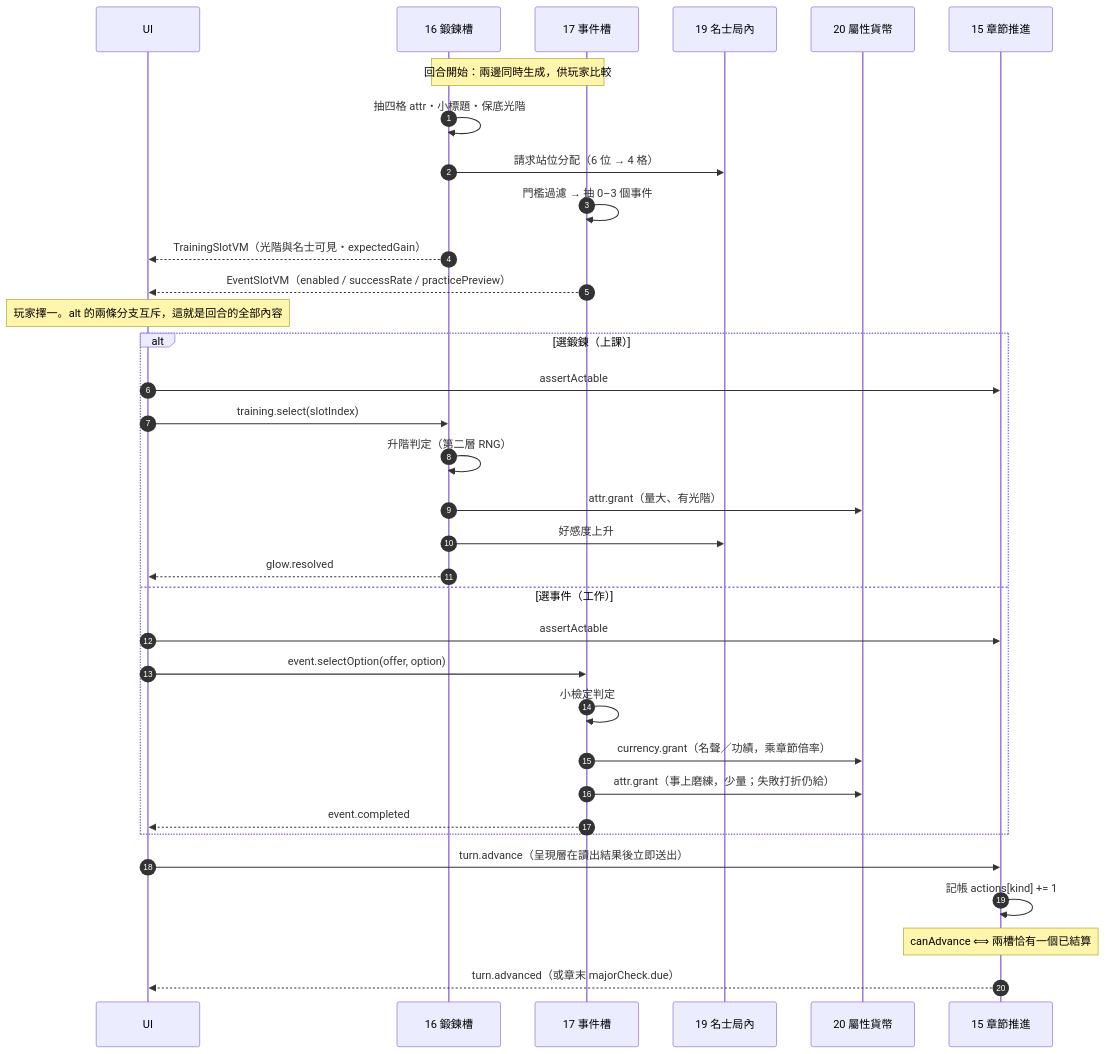
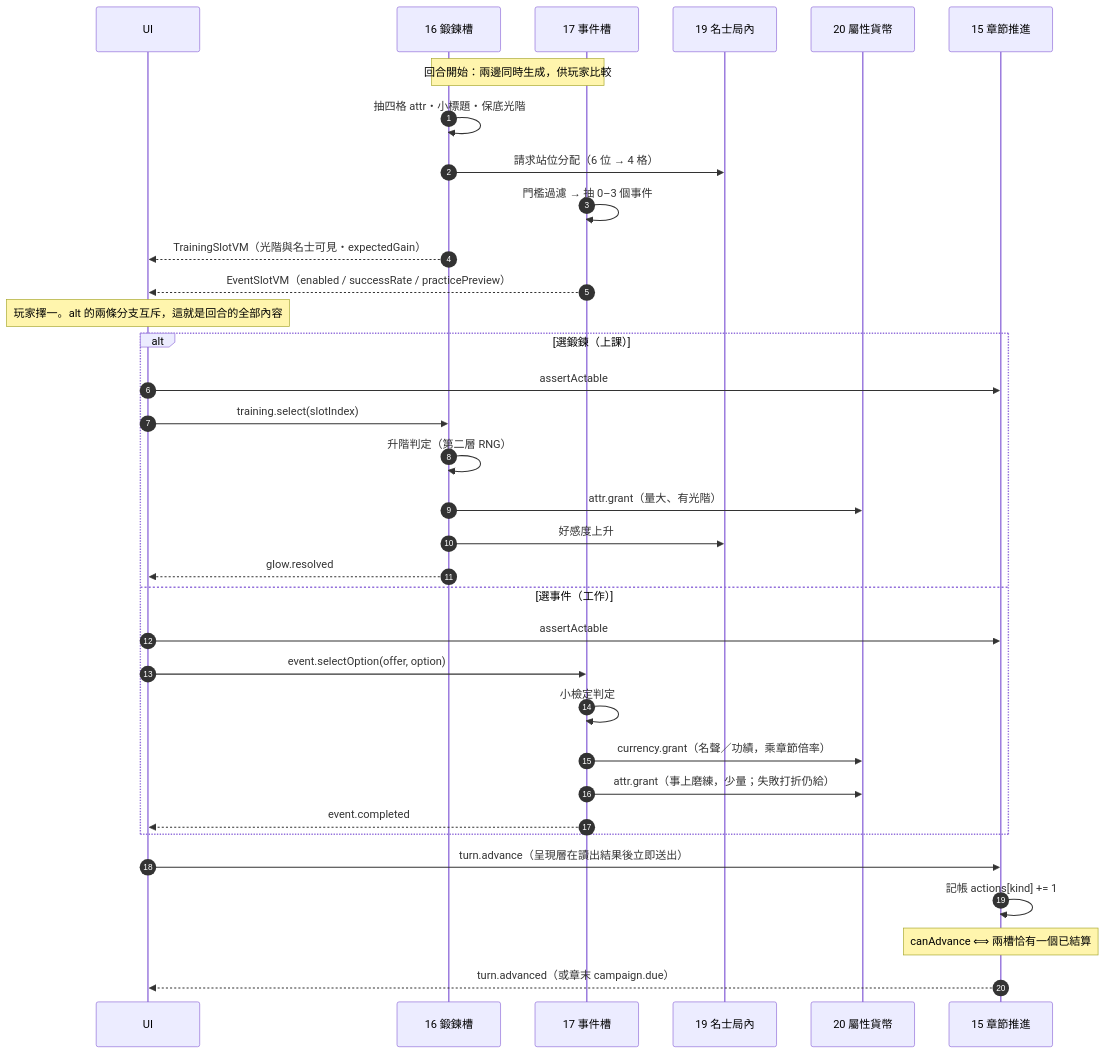
The fourth of 9 diagrams in docs/architecture/module-map.md (SBGChang/ThreeKindomDream), drawn with Mermaid before and after one commit. The commit also changed other lines of this file and 68 other files, not shown here.

````diff
--- a/docs/architecture/module-map.md
+++ b/docs/architecture/module-map.md
@@ -179,39 +178,39 @@
 ```mermaid
 sequenceDiagram
   autonumber
   participant UI
   participant T as 16 鍛鍊槽
   participant E as 17 事件槽
   participant R as 19 名士局內
   participant A as 20 屬性貨幣
   participant C as 15 章節推進
 
   Note over T,E: 回合開始：兩邊同時生成，供玩家比較
   T->>T: 抽四格 attr・小標題・保底光階
   T->>R: 請求站位分配（6 位 → 4 格）
   E->>E: 門檻過濾 → 抽 0–3 個事件
   T-->>UI: TrainingSlotVM（光階與名士可見・expectedGain）
   E-->>UI: EventSlotVM（enabled / successRate / practicePreview）
 
   Note over UI: 玩家擇一。alt 的兩條分支互斥，這就是回合的全部內容
   alt 選鍛鍊（上課）
     UI->>C: assertActable
     UI->>T: training.select(slotIndex)
     T->>T: 升階判定（第二層 RNG）
     T->>A: attr.grant（量大、有光階）
     T->>R: 好感度上升
     T-->>UI: glow.resolved
   else 選事件（工作）
     UI->>C: assertActable
     UI->>E: event.selectOption(offer, option)
     E->>E: 小檢定判定
     E->>A: currency.grant（名聲／功績，乘章節倍率）
     E->>A: attr.grant（事上磨練，少量；失敗打折仍給）
     E-->>UI: event.completed
   end
 
   UI->>C: turn.advance（呈現層在讀出結果後立即送出）
   C->>C: 記帳 actions[kind] += 1
   Note over C: canAdvance ⟺ 兩槽恰有一個已結算
-  C-->>UI: turn.advanced（或章末 majorCheck.due）
+  C-->>UI: turn.advanced（或章末 campaign.due）
 ```
````
